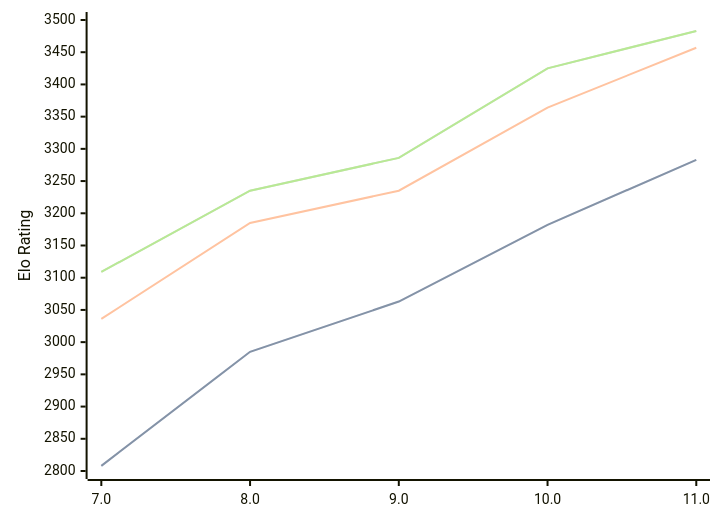
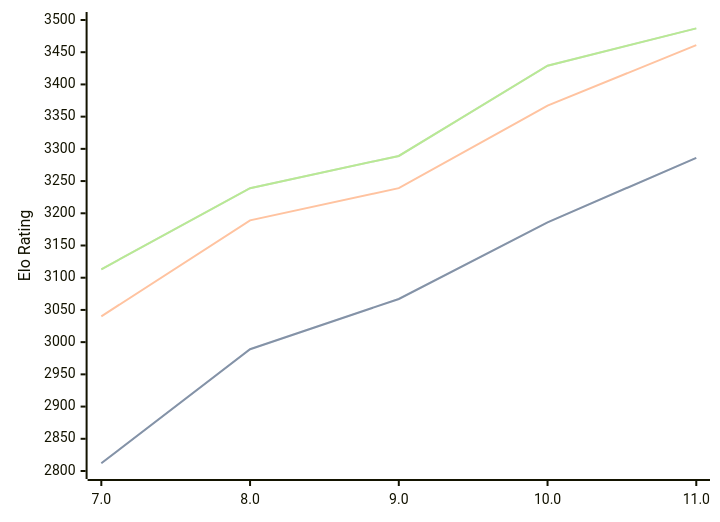
The diagram in engines/Tcheran.md (computer-chess-index/cci), drawn with Mermaid before and after one commit. The commit also changed other lines of this file, not shown here.

Commit message:
Update CCI Ratings (ELO VLTC) - 2026-05-02

````diff
--- a/engines/Tcheran.md
+++ b/engines/Tcheran.md
@@ -49,11 +49,11 @@
 ```mermaid
 %%{init: {"theme":"base","themeVariables":{"seriesColors:['#a3a3a3','#222221','#faa371']}}}%%
 xychart-beta
   x-axis ["7.0", "8.0", "9.0", "10.0", "11.0"]
   y-axis "Elo Rating" 2800 --> 3500
-  line "STC (8.0+0.08s)" [2808, 2985, 3063, 3182, 3283]
-  line "STC (8.0+0.08s)" [2808, 2985, 3063, 3182, 3283]
-  line "LTC (60.0+0.60s)" [3036, 3185, 3235, 3364, 3457]
-  line "VLTC (2m24s+1.12s)" [3109, 3235, 3286, 3425, 3483]
-  line "VLTC (2m24s+1.12s)" [3109, 3235, 3286, 3425, 3483]
+  line "STC (8.0+0.08s)" [2812, 2989, 3067, 3186, 3286]
+  line "STC (8.0+0.08s)" [2812, 2989, 3067, 3186, 3286]
+  line "LTC (60.0+0.60s)" [3040, 3189, 3239, 3367, 3461]
+  line "VLTC (2m24s+1.12s)" [3113, 3239, 3289, 3429, 3487]
+  line "VLTC (2m24s+1.12s)" [3113, 3239, 3289, 3429, 3487]
 ```
````
